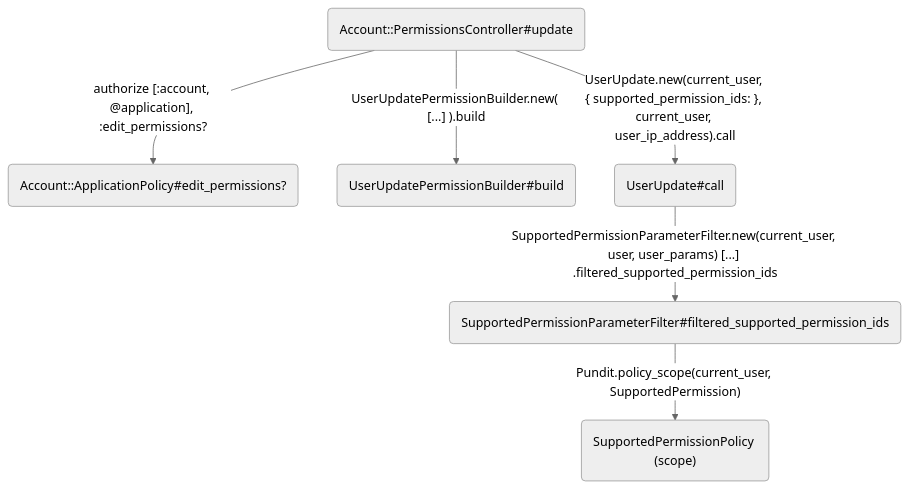
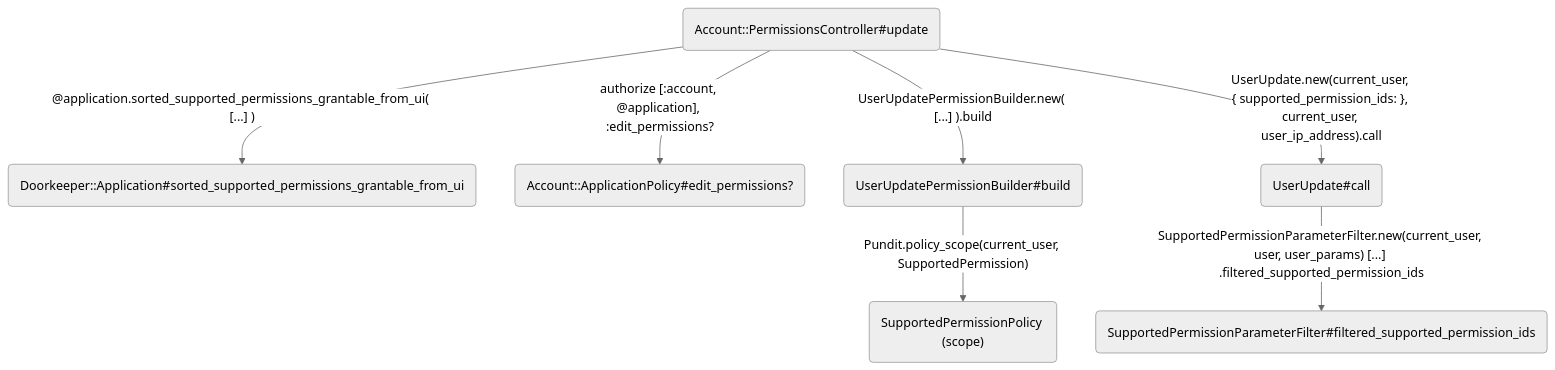
One commit to alphagov/signon changed the fifth of 12 diagrams in docs/access_and_permissions.md. Above: the diagram before and after it, drawn with Mermaid (neutral theme). The commit also changed other lines of this file, not shown here.

First line of the commit message:
Update access and permissions documentation

````diff
--- a/docs/access_and_permissions.md
+++ b/docs/access_and_permissions.md
@@ -112,8 +114,9 @@
 ```mermaid
 flowchart TD
-    A(Account::PermissionsController#update) --authorize [:account, @application], :edit_permissions?--> B(Account::ApplicationPolicy#edit_permissions?)
-    A --UserUpdatePermissionBuilder.new( [...] ).build--> C(UserUpdatePermissionBuilder#build)
-    A --UserUpdate.new(current_user, { supported_permission_ids: }, current_user, user_ip_address).call--> D(UserUpdate#call)
-    D --SupportedPermissionParameterFilter.new(current_user, user, user_params) [...] .filtered_supported_permission_ids--> E(SupportedPermissionParameterFilter#filtered_supported_permission_ids)
-    E --Pundit.policy_scope(current_user, SupportedPermission)--> F("SupportedPermissionPolicy (scope)")
+    A(Account::PermissionsController#update) --@application.sorted_supported_permissions_grantable_from_ui( [...] )--> B(Doorkeeper::Application#sorted_supported_permissions_grantable_from_ui)
+    A --authorize [:account, @application], :edit_permissions?--> C(Account::ApplicationPolicy#edit_permissions?)
+    A --UserUpdatePermissionBuilder.new( [...] ).build--> D(UserUpdatePermissionBuilder#build)
+    A --UserUpdate.new(current_user, { supported_permission_ids: }, current_user, user_ip_address).call--> E(UserUpdate#call)
+    E --SupportedPermissionParameterFilter.new(current_user, user, user_params) [...] .filtered_supported_permission_ids--> F(SupportedPermissionParameterFilter#filtered_supported_permission_ids)
+    D --Pundit.policy_scope(current_user, SupportedPermission)--> G("SupportedPermissionPolicy (scope)")
 ```
````
